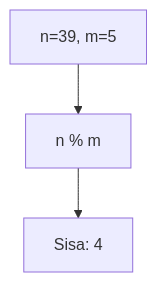
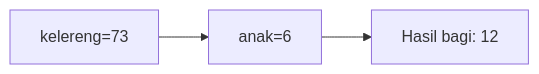
One commit to amnahwaida/OSNK_INF_PREP changed the second of 25 diagrams in part-c-pemahaman-cpp/01-tipe-data/latihan/set-03.md. Above: the diagram before and after it, drawn with Mermaid. The commit also changed other lines of this file and 71 other files, not shown here.

````diff
--- a/part-c-pemahaman-cpp/01-tipe-data/latihan/set-03.md
+++ b/part-c-pemahaman-cpp/01-tipe-data/latihan/set-03.md
@@ -49,5 +50,5 @@
 ```mermaid
-graph TD
-A["n=39, m=5"] --> B["n % m"]
-B --> C["Sisa: 4"]
+graph LR
+A["kelereng=73"] --> B["anak=6"]
+B --> C["Hasil bagi: 12"]
 ```
````
